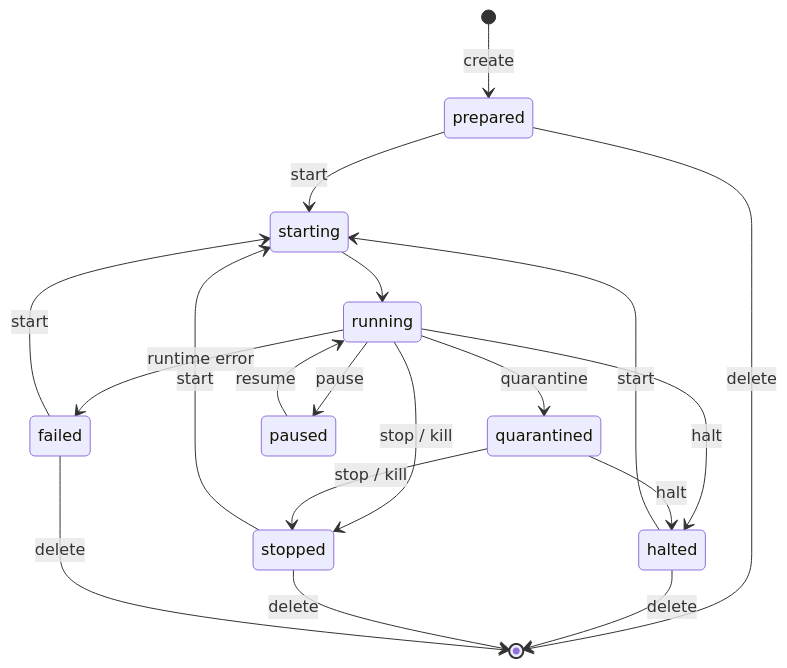
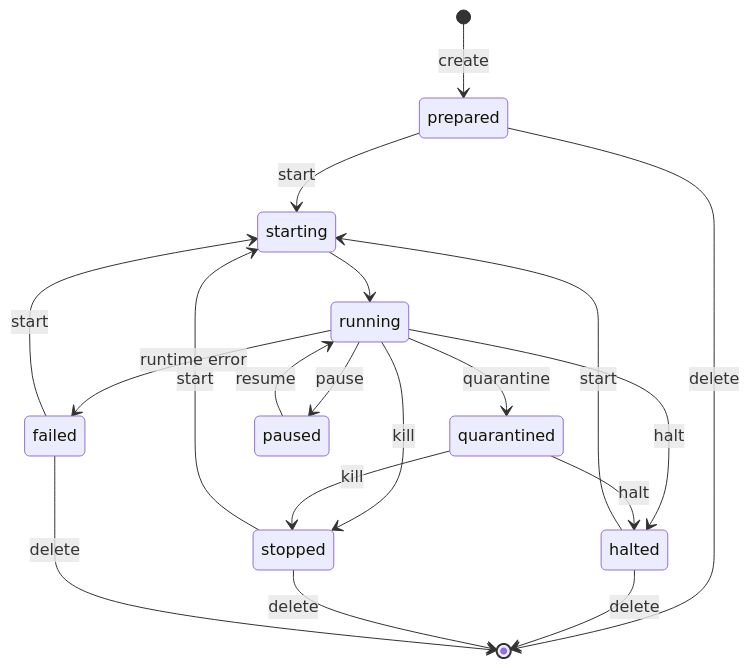
Before and after one commit to geoffbelknap/microagent: the diagram in docs/concepts/state-and-identity.md, drawn with Mermaid. The commit also changed other lines of this file and 12 other files, not shown here.

First line of the commit message:
docs: four-verb lifecycle model with state diagram

````diff
--- a/docs/concepts/state-and-identity.md
+++ b/docs/concepts/state-and-identity.md
@@ -134,27 +137,27 @@
 ```mermaid
 stateDiagram-v2
     [*] --> prepared : create
 
     prepared --> starting : start
     halted    --> starting : start
     stopped   --> starting : start
     failed    --> starting : start
 
     starting --> running
 
     running --> halted      : halt
-    running --> stopped     : stop / kill
+    running --> stopped     : kill
     running --> quarantined : quarantine
     running --> failed      : runtime error
 
     running --> paused      : pause
     paused  --> running     : resume
 
     quarantined --> halted  : halt
-    quarantined --> stopped : stop / kill
+    quarantined --> stopped : kill
 
     prepared --> [*] : delete
     halted   --> [*] : delete
     stopped  --> [*] : delete
     failed   --> [*] : delete
 ```
````
